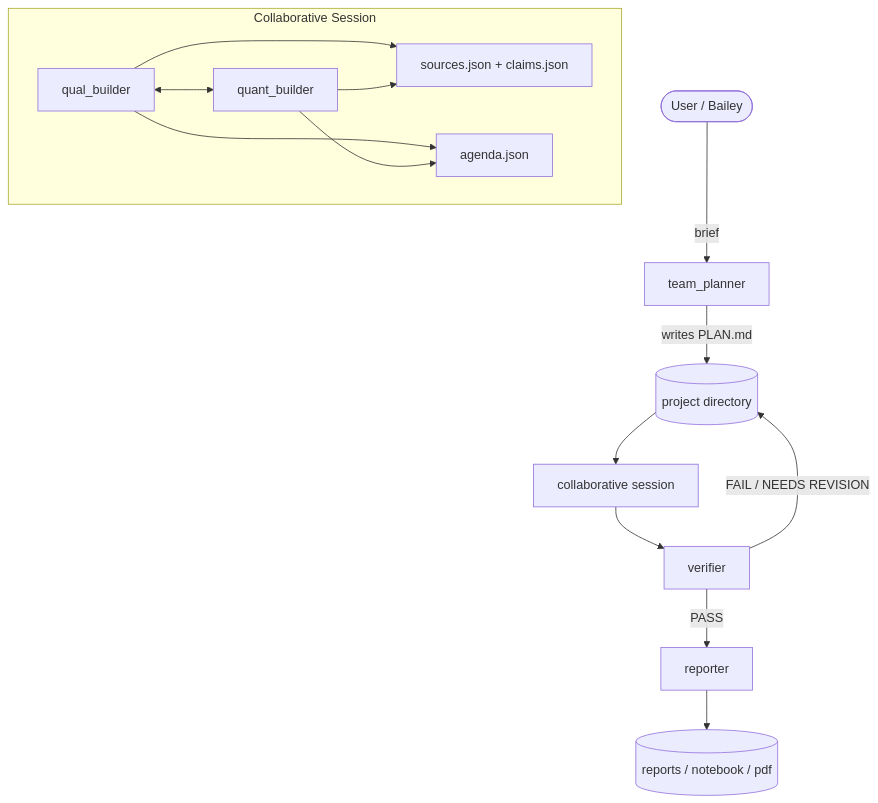
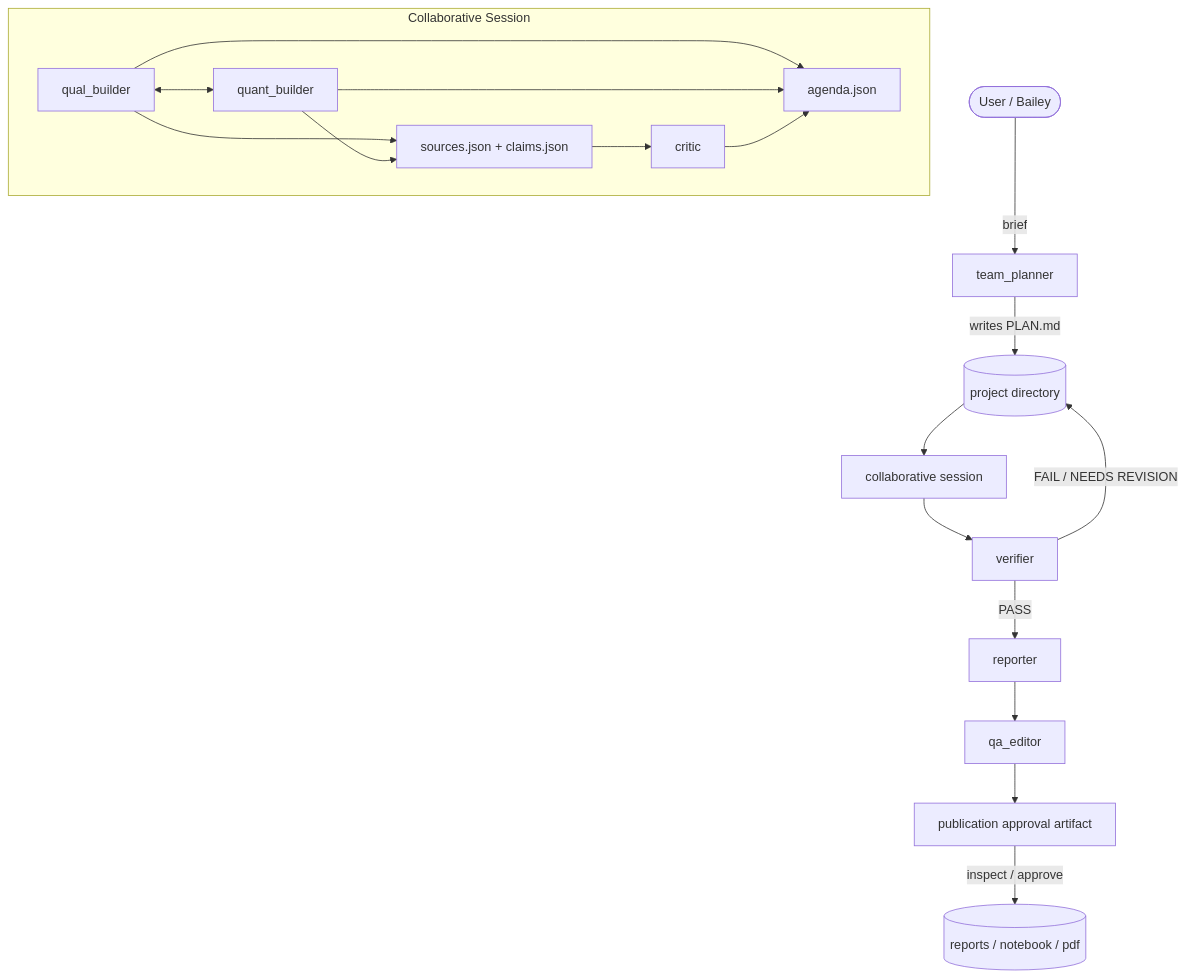
The diagram in ARCHITECTURE.md (baileymcintosh/agents), drawn with Mermaid before and after one commit. The commit also changed other lines of this file and 21 other files, not shown here.

Commit message:
feat: critic checkpoint, QA editor, approval gate, reporter citations

````diff
--- a/ARCHITECTURE.md
+++ b/ARCHITECTURE.md
@@ -5,23 +5,28 @@
 ```mermaid
 flowchart TD
     U([User / Bailey]) -->|brief| TP[team_planner]
     TP -->|writes PLAN.md| P[(project directory)]
     P --> S[collaborative session]
 
     subgraph Collaborative Session
         QL[qual_builder]
         QT[quant_builder]
+        CR[critic]
         AG[agenda.json]
         EV[sources.json + claims.json]
         QL <--> QT
         QL --> EV
         QT --> EV
         QL --> AG
         QT --> AG
+        EV --> CR
+        CR --> AG
     end
 
     S --> V[verifier]
     V -->|PASS| R[reporter]
+    R --> QA[qa_editor]
+    QA --> AP[publication approval artifact]
     V -->|FAIL / NEEDS REVISION| P
-    R --> O[(reports / notebook / pdf)]
+    AP -->|inspect / approve| O[(reports / notebook / pdf)]
 ```
````
